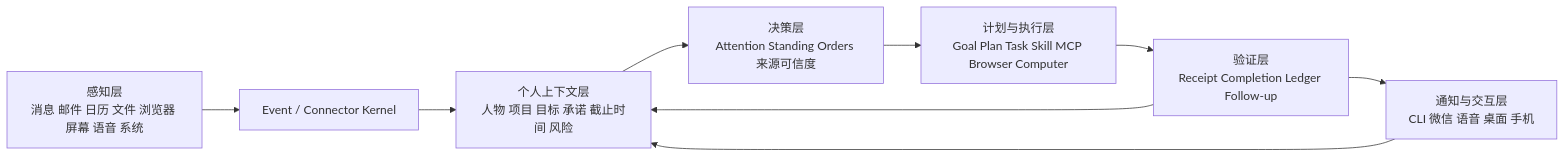
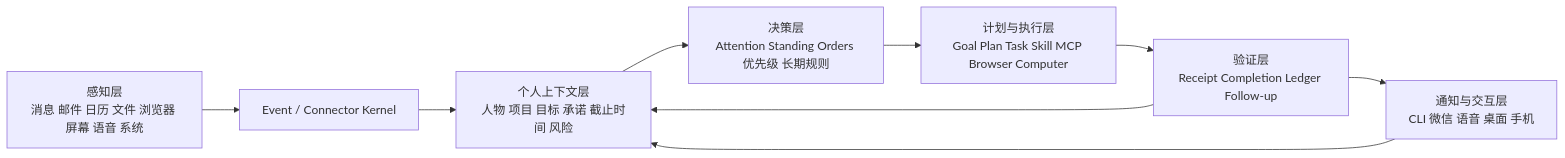
One commit to Kickflip73/MimiAgent changed the diagram in docs/plans/20260727-MimiAgent-个人贾维斯建设蓝图.md. Above: the diagram before and after it, drawn with Mermaid. The commit also changed other lines of this file and 66 other files, not shown here.

````diff
--- a/docs/plans/20260727-MimiAgent-个人贾维斯建设蓝图.md
+++ b/docs/plans/20260727-MimiAgent-个人贾维斯建设蓝图.md
@@ -112,11 +110,11 @@
 ```mermaid
 flowchart LR
     A["感知层<br/>消息 邮件 日历 文件 浏览器 屏幕 语音 系统"] --> B["Event / Connector Kernel"]
     B --> C["个人上下文层<br/>人物 项目 目标 承诺 截止时间 风险"]
-    C --> D["决策层<br/>Attention Standing Orders 来源可信度"]
+    C --> D["决策层<br/>Attention Standing Orders 优先级 长期规则"]
     D --> E["计划与执行层<br/>Goal Plan Task Skill MCP Browser Computer"]
     E --> F["验证层<br/>Receipt Completion Ledger Follow-up"]
     F --> G["通知与交互层<br/>CLI 微信 语音 桌面 手机"]
     F --> C
     G --> C
 ```
````
